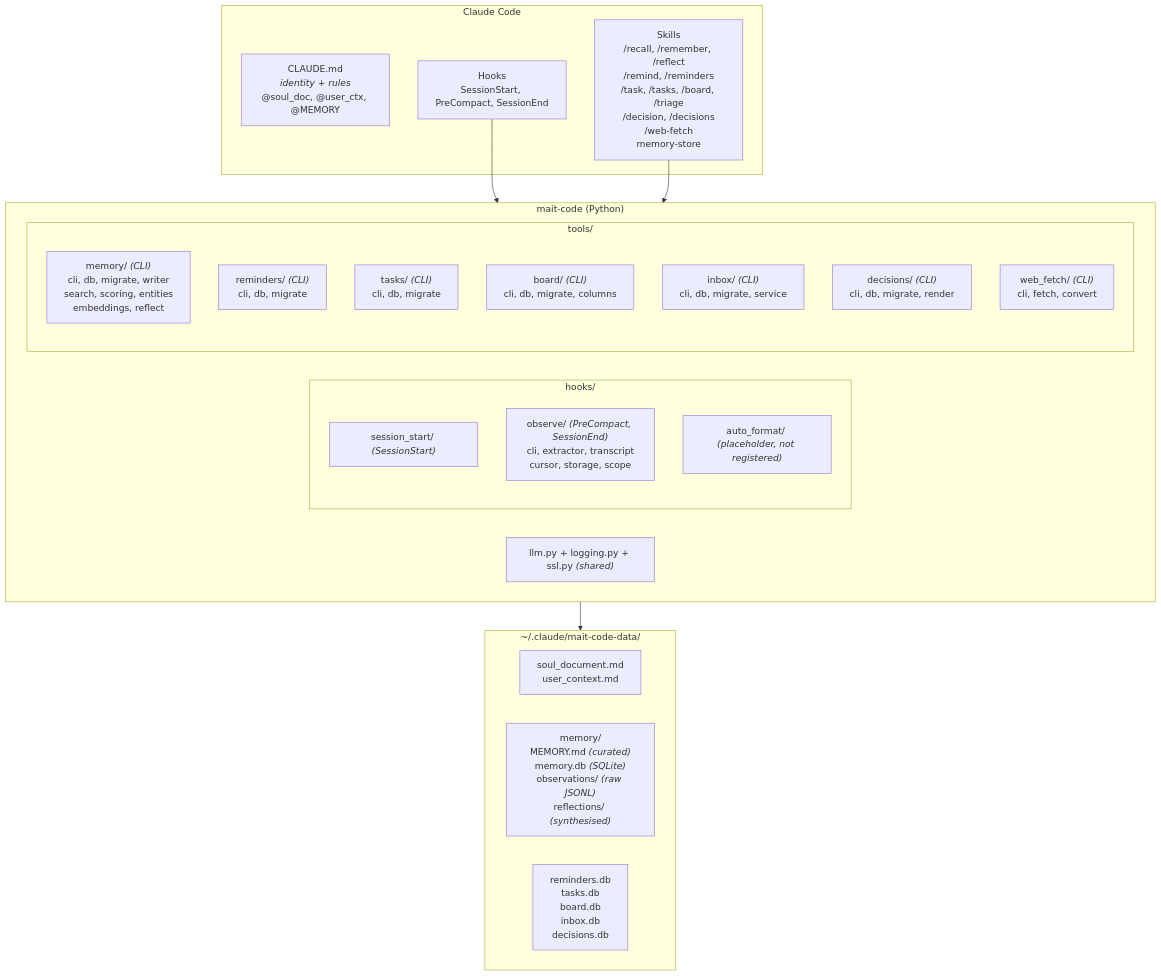
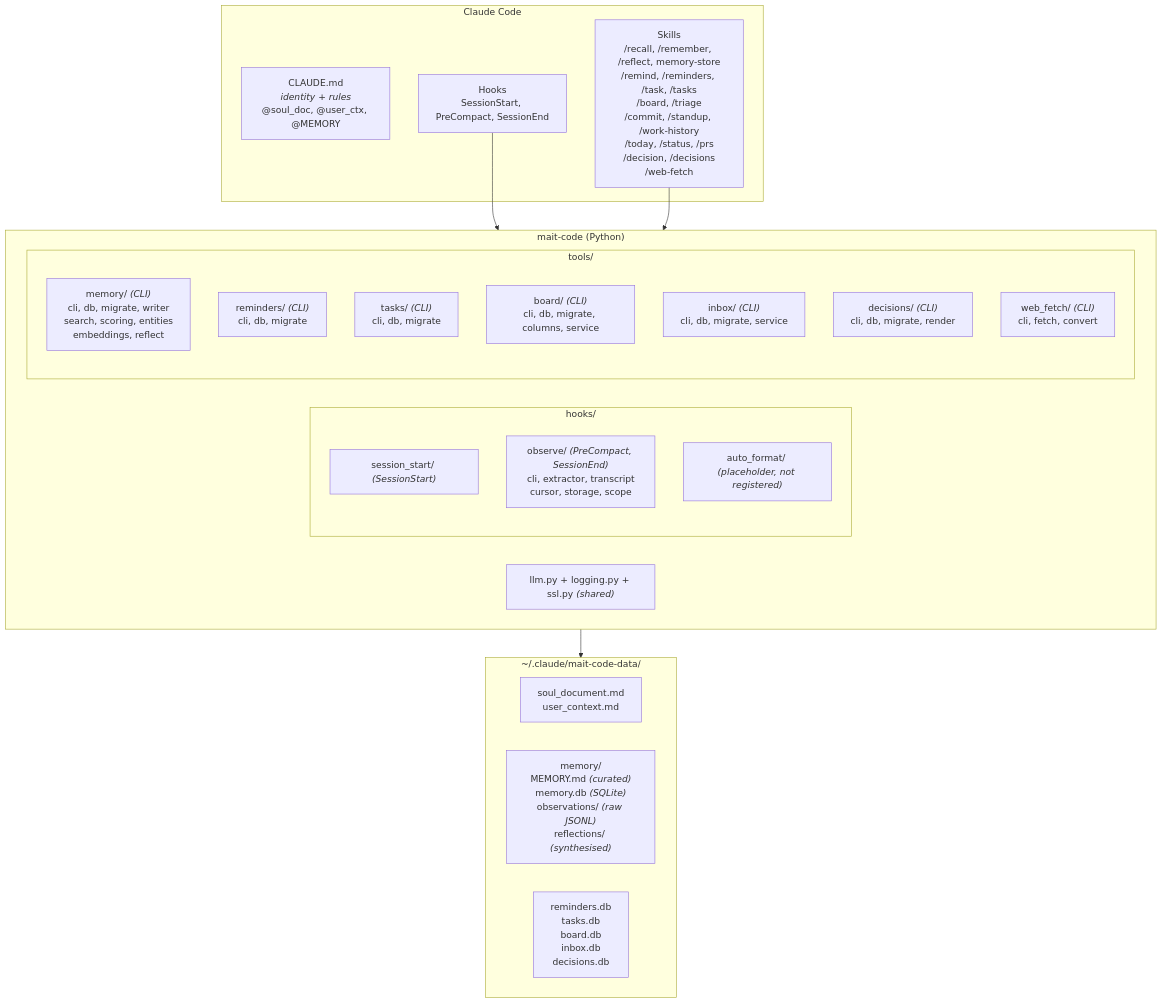
Before and after one commit to wiktordepina/mait-code: the first of 4 diagrams in docs/architecture.md, drawn with Mermaid. The commit also changed other lines of this file and 8 other files, not shown here.

````diff
--- a/docs/architecture.md
+++ b/docs/architecture.md
@@ -14,36 +14,36 @@
 ```mermaid
 graph TD
     subgraph claude_code ["Claude Code"]
         CLAUDE_MD["CLAUDE.md<br/><i>identity + rules</i><br/>@soul_doc, @user_ctx, @MEMORY"]
         HOOKS["Hooks<br/>SessionStart, PreCompact, SessionEnd"]
-        SKILLS["Skills<br/>/recall, /remember, /reflect<br/>/remind, /reminders<br/>/task, /tasks, /board, /triage<br/>/decision, /decisions<br/>/web-fetch<br/>memory-store"]
+        SKILLS["Skills<br/>/recall, /remember, /reflect, memory-store<br/>/remind, /reminders, /task, /tasks<br/>/board, /triage<br/>/commit, /standup, /work-history<br/>/today, /status, /prs<br/>/decision, /decisions<br/>/web-fetch"]
     end
 
     subgraph mait_code ["mait-code (Python)"]
         subgraph hooks_pkg ["hooks/"]
             session_start["session_start/ <i>(SessionStart)</i>"]
             observe["observe/ <i>(PreCompact, SessionEnd)</i><br/>cli, extractor, transcript<br/>cursor, storage, scope"]
             auto_format["auto_format/ <i>(placeholder, not registered)</i>"]
         end
         subgraph tools_pkg ["tools/"]
             memory_tool["memory/ <i>(CLI)</i><br/>cli, db, migrate, writer<br/>search, scoring, entities<br/>embeddings, reflect"]
             reminders_tool["reminders/ <i>(CLI)</i><br/>cli, db, migrate"]
             tasks_tool["tasks/ <i>(CLI)</i><br/>cli, db, migrate"]
-            board_tool["board/ <i>(CLI)</i><br/>cli, db, migrate, columns"]
+            board_tool["board/ <i>(CLI)</i><br/>cli, db, migrate, columns, service"]
             inbox_tool["inbox/ <i>(CLI)</i><br/>cli, db, migrate, service"]
             decisions_tool["decisions/ <i>(CLI)</i><br/>cli, db, migrate, render"]
             web_fetch_tool["web_fetch/ <i>(CLI)</i><br/>cli, fetch, convert"]
         end
         shared["llm.py + logging.py + ssl.py <i>(shared)</i>"]
     end
 
     subgraph data_dir ["~/.claude/mait-code-data/"]
         identity["soul_document.md<br/>user_context.md"]
         memory_store["memory/<br/>MEMORY.md <i>(curated)</i><br/>memory.db <i>(SQLite)</i><br/>observations/ <i>(raw JSONL)</i><br/>reflections/ <i>(synthesised)</i>"]
         other_dbs["reminders.db<br/>tasks.db<br/>board.db<br/>inbox.db<br/>decisions.db"]
     end
 
     HOOKS --> mait_code
     SKILLS --> mait_code
     mait_code --> data_dir
 ```
````
